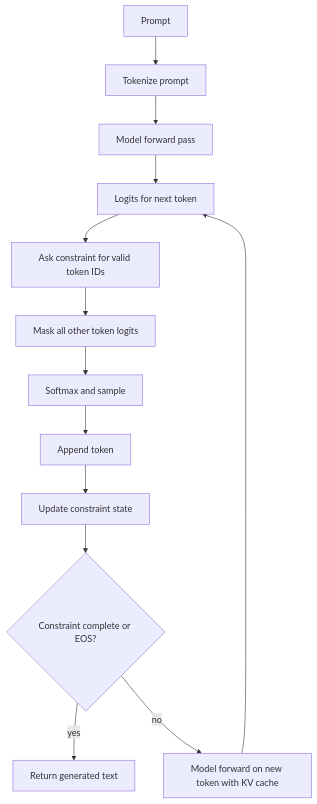
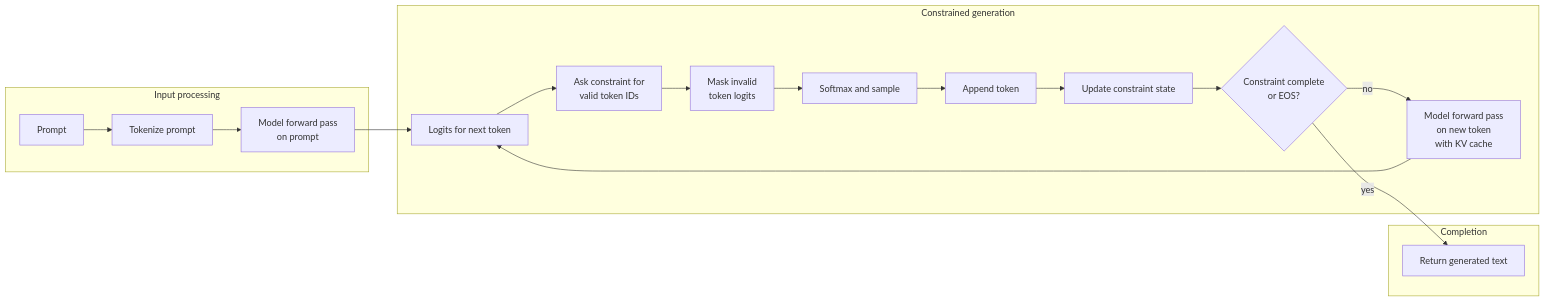
One commit to cgnito/tcd changed the diagram in README.md. Above: the diagram before and after it, drawn with Mermaid.

````diff
--- a/README.md
+++ b/README.md
@@ -31,15 +31,30 @@
 ```mermaid
-flowchart TD
-    A[Prompt] --> B[Tokenize prompt]
-    B --> C[Model forward pass]
-    C --> D[Logits for next token]
-    D --> E[Ask constraint for valid token IDs]
-    E --> F[Mask all other token logits]
-    F --> G[Softmax and sample]
-    G --> H[Append token]
-    H --> I[Update constraint state]
-    I --> J{Constraint complete or EOS?}
-    J -- yes --> K[Return generated text]
-    J -- no --> L[Model forward on new token with KV cache]
-    L --> D
+flowchart LR
+    subgraph input["Input processing"]
+        A["Prompt"]
+        B["Tokenize prompt"]
+        C["Model forward pass<br/>on prompt"]
+        A --> B --> C
+    end
+
+    subgraph generation["Constrained generation"]
+        D["Logits for next token"]
+        E["Ask constraint for<br/>valid token IDs"]
+        F["Mask invalid<br/>token logits"]
+        G["Softmax and sample"]
+        H["Append token"]
+        I["Update constraint state"]
+        J{"Constraint complete<br/>or EOS?"}
+        L["Model forward pass<br/>on new token<br/>with KV cache"]
+        D --> E --> F --> G --> H --> I --> J
+        J -- "no" --> L
+        L --> D
+    end
+
+    subgraph completion["Completion"]
+        K["Return generated text"]
+    end
+
+    C --> D
+    J -- "yes" --> K
 ```
````
